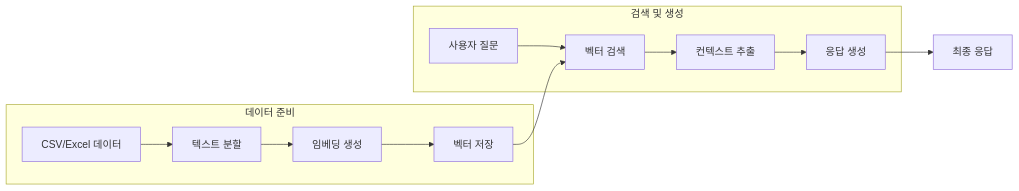
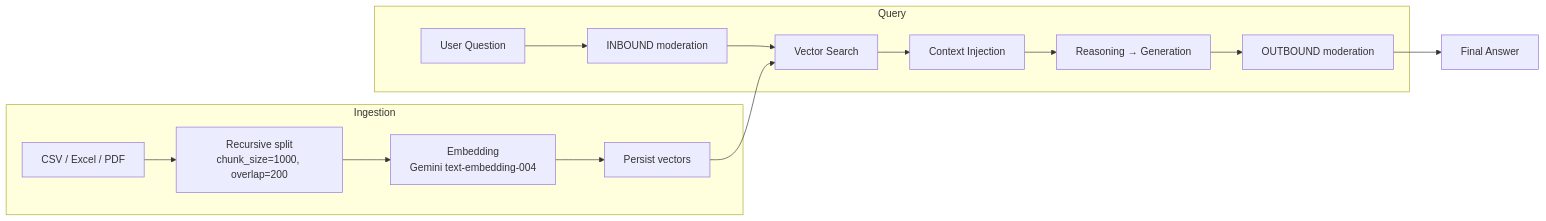
The third of 3 diagrams in Rag_Chat/ArchitectReadme.md (dea980/RAG_Chat), drawn with Mermaid before and after one commit. The commit also changed other lines of this file and 4 other files, not shown here.

````diff
--- a/Rag_Chat/ArchitectReadme.md
+++ b/Rag_Chat/ArchitectReadme.md
@@ -70,17 +85,19 @@
 ```mermaid
 graph LR
-    subgraph "데이터 준비"
-        CSV[CSV/Excel 데이터] --> Split[텍스트 분할]
-        Split --> Embed[임베딩 생성]
-        Embed --> Store[벡터 저장]
+    subgraph "Ingestion"
+        Docs[CSV / Excel / PDF] --> Split[Recursive split<br/>chunk_size=1000, overlap=200]
+        Split --> Embed[Embedding<br/>Gemini text-embedding-004]
+        Embed --> Store[Persist vectors]
     end
 
-    subgraph "검색 및 생성"
-        Q[사용자 질문] --> VS[벡터 검색]
-        VS --> Ctx[컨텍스트 추출]
-        Ctx --> Gen[응답 생성]
+    subgraph "Query"
+        Q[User Question] --> Filt[INBOUND moderation]
+        Filt --> VS[Vector Search]
+        VS --> Ctx[Context Injection]
+        Ctx --> Gen[Reasoning → Generation]
+        Gen --> Out[OUTBOUND moderation]
     end
 
     Store --> VS
-    Gen --> Res[최종 응답]
+    Out --> Res[Final Answer]
 ```
````
